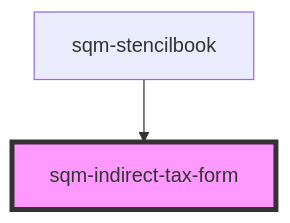
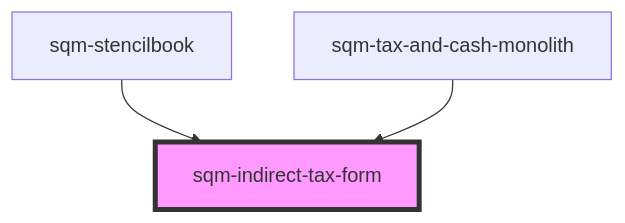
Before and after one commit to saasquatch/program-tools: the diagram in packages/mint-components/src/components/tax-and-cash/sqm-indirect-tax-form/readme.md, drawn with Mermaid. The commit also changed other lines of this file and 11 other files, not shown here.

Commit message:
monolith tax and cash component

````diff
--- a/packages/mint-components/src/components/tax-and-cash/sqm-indirect-tax-form/readme.md
+++ b/packages/mint-components/src/components/tax-and-cash/sqm-indirect-tax-form/readme.md
@@ -45,5 +46,6 @@
 ```mermaid
 graph TD;
   sqm-stencilbook --> sqm-indirect-tax-form
+  sqm-tax-and-cash-monolith --> sqm-indirect-tax-form
   style sqm-indirect-tax-form fill:#f9f,stroke:#333,stroke-width:4px
 ```
````
